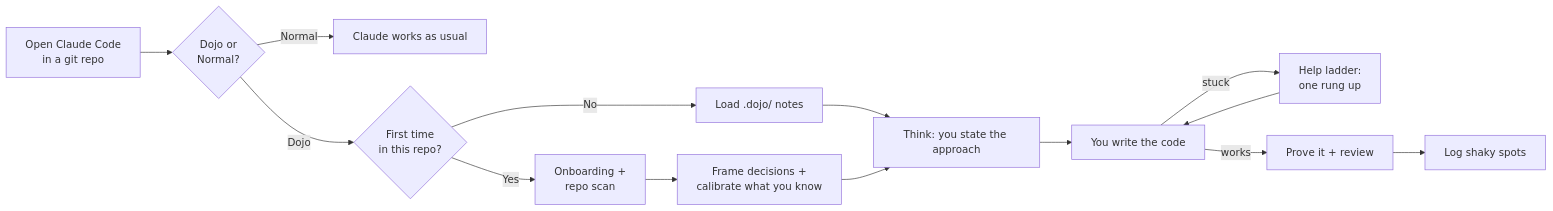
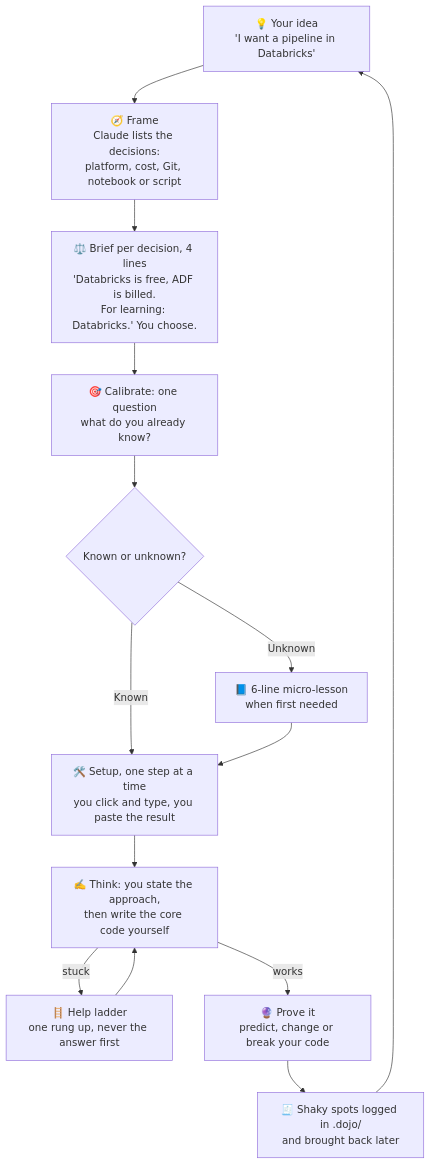
Before and after one commit to pprusin/code-dojo: the diagram in README.md, drawn with Mermaid. The commit also changed other lines of this file, not shown here.

Commit message:
docs: shorter README, flowchart starts from the learner's idea

````diff
--- a/README.md
+++ b/README.md
@@ -41,16 +23,16 @@
 ```mermaid
-flowchart LR
-    A[Open Claude Code<br/>in a git repo] --> B{Dojo or<br/>Normal?}
-    B -->|Normal| N[Claude works as usual]
-    B -->|Dojo| C{First time<br/>in this repo?}
-    C -->|Yes| D[Onboarding +<br/>repo scan]
-    C -->|No| E[Load .dojo/ notes]
-    D --> K
-    E --> F
-    K[Frame decisions +<br/>calibrate what you know] --> F[Think: you state the approach]
-    F --> G[You write the code]
-    G -->|stuck| H[Help ladder:<br/>one rung up]
-    H --> G
-    G -->|works| I[Prove it + review]
-    I --> J[Log shaky spots]
+flowchart TD
+    A["💡 Your idea<br/>'I want a pipeline in Databricks'"] --> B["🧭 Frame<br/>Claude lists the decisions:<br/>platform, cost, Git, notebook or script"]
+    B --> C["⚖️ Brief per decision, 4 lines<br/>'Databricks is free, ADF is billed.<br/>For learning: Databricks.' You choose."]
+    C --> D["🎯 Calibrate: one question<br/>what do you already know?"]
+    D --> E{"Known or unknown?"}
+    E -->|Known| G
+    E -->|Unknown| F["📘 6-line micro-lesson<br/>when first needed"]
+    F --> G["🛠️ Setup, one step at a time<br/>you click and type, you paste the result"]
+    G --> H["✍️ Think: you state the approach,<br/>then write the core code yourself"]
+    H -->|stuck| I["🪜 Help ladder<br/>one rung up, never the answer first"]
+    I --> H
+    H -->|works| J["🔮 Prove it<br/>predict, change or break your code"]
+    J --> K["🧾 Shaky spots logged in .dojo/<br/>and brought back later"]
+    K --> A
 ```
````
